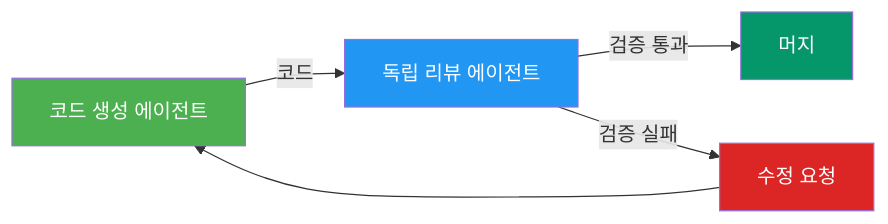
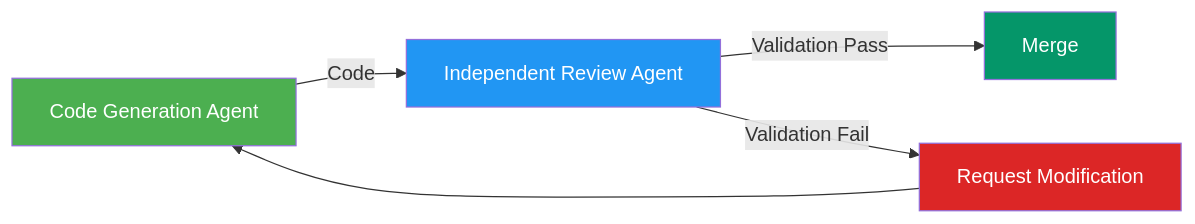
Before and after one commit to devfloor9/engineering-playbook: the third of 3 diagrams in docs/aidlc/methodology/harness-engineering.md, drawn with Mermaid. The commit also changed other lines of this file and 954 other files, not shown here.

````diff
--- a/docs/aidlc/methodology/harness-engineering.md
+++ b/docs/aidlc/methodology/harness-engineering.md
@@ -373,12 +371,12 @@
 ```mermaid
 graph LR
-    A[코드 생성 에이전트] -->|코드| B[독립 리뷰 에이전트]
-    B -->|검증 통과| C[머지]
-    B -->|검증 실패| D[수정 요청]
+    A[Code Generation Agent] -->|Code| B[Independent Review Agent]
+    B -->|Validation Pass| C[Merge]
+    B -->|Validation Fail| D[Request Modification]
     D --> A
 
     style A fill:#4caf50,color:#fff
     style B fill:#2196f3,color:#fff
     style C fill:#059669,color:#fff
     style D fill:#dc2626,color:#fff
 ```
````
